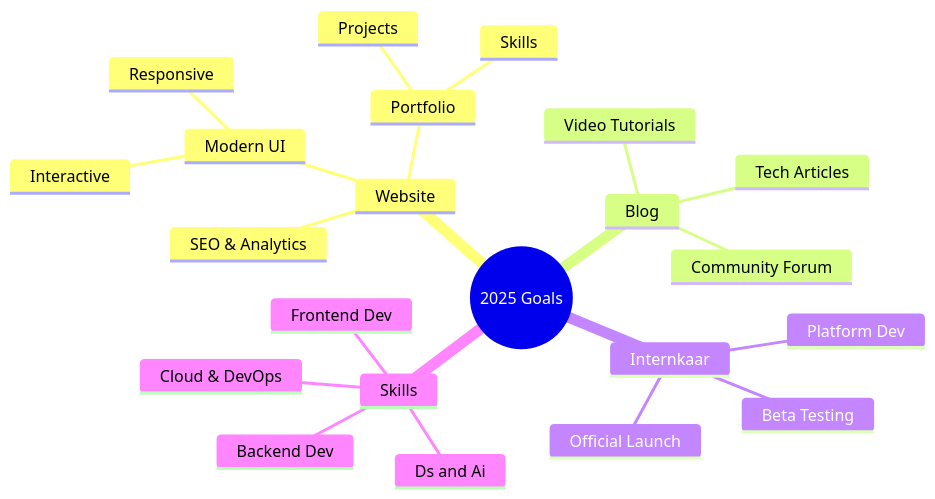
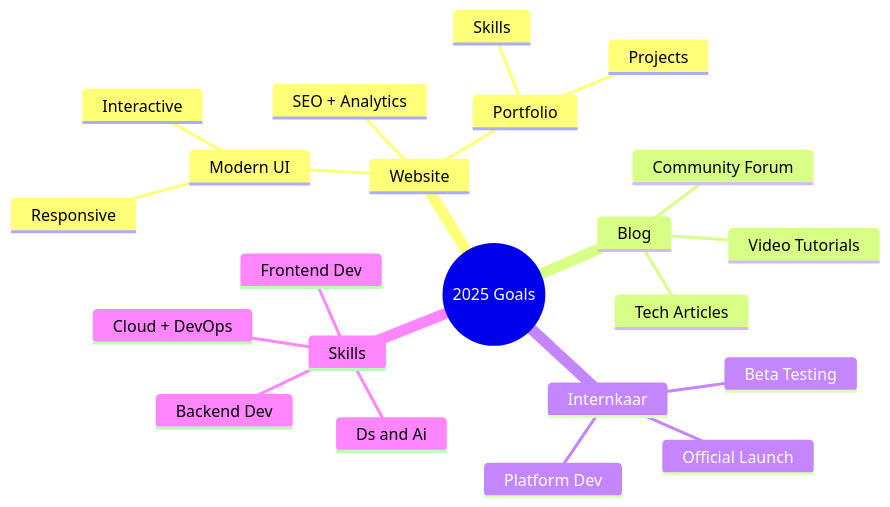
The diagram in README.md (fab-c14/fab-c14), drawn with Mermaid before and after one commit.

````diff
--- a/README.md
+++ b/README.md
@@ -108,28 +108,28 @@
 ```mermaid
 mindmap
     root((2025 Goals))
         Website
             Modern UI
                 Responsive
                 Interactive
             Portfolio
                 Projects
                 Skills
-            SEO & Analytics
+            SEO + Analytics
         
         Blog
             Tech Articles
             Video Tutorials
             Community Forum
         
         Internkaar
             Platform Dev
             Beta Testing
             Official Launch
         
         Skills
             Frontend Dev
             Backend Dev
             Ds and Ai
-            Cloud & DevOps
+            Cloud + DevOps
   ```
````
